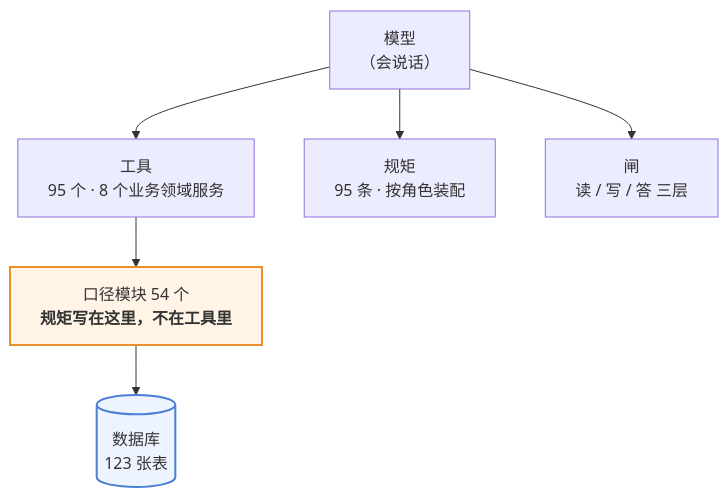
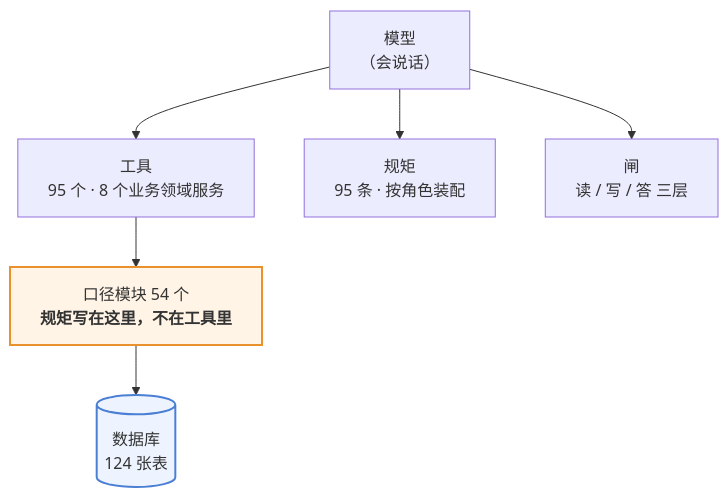
Before and after one commit to 843773296-rgb/lanxiu-yunshang-agent: the first of 3 diagrams in 澜绣云裳agent-产品说明.md, drawn with Mermaid. The commit also changed other lines of this file and 16 other files, not shown here.

````diff
--- a/澜绣云裳agent-产品说明.md
+++ b/澜绣云裳agent-产品说明.md
@@ -62,12 +62,12 @@
 ```mermaid
 flowchart TD
     M["模型<br/>（会说话）"]
     M --> T["工具<br/>95 个 · 8 个业务领域服务"]
     M --> R["规矩<br/>95 条 · 按角色装配"]
     M --> G["闸<br/>读 / 写 / 答 三层"]
     T --> K["口径模块 54 个<br/><b>规矩写在这里，不在工具里</b>"]
-    K --> DB[("数据库<br/>123 张表")]
+    K --> DB[("数据库<br/>124 张表")]
 
     style K fill:#fff4e6,stroke:#e8912d,stroke-width:2px
     style DB fill:#eef4ff,stroke:#4a7fd4,stroke-width:2px
 ```
````
